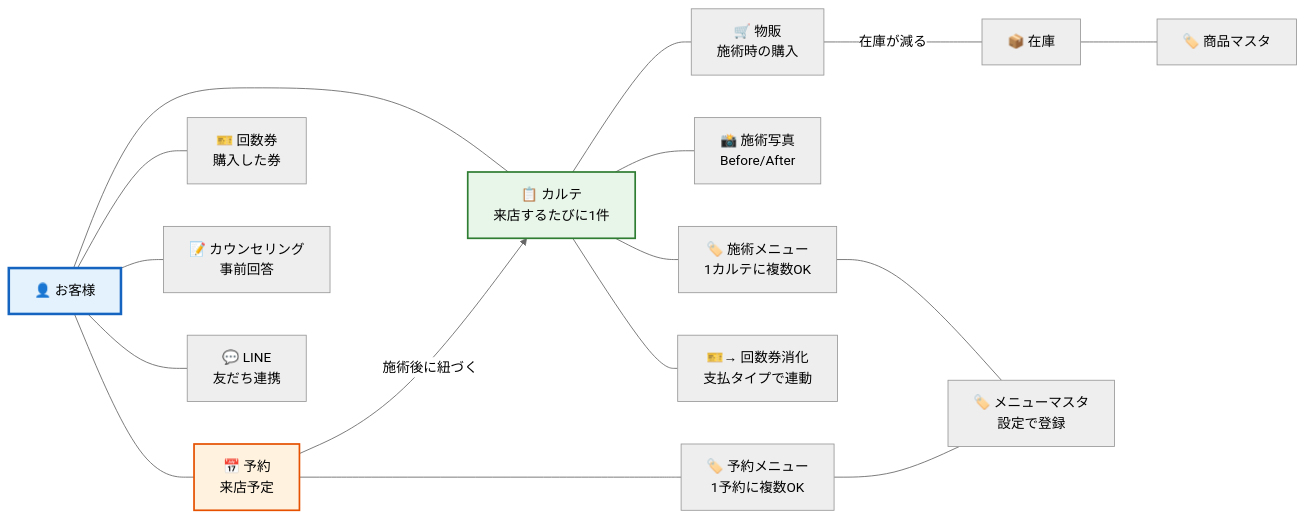
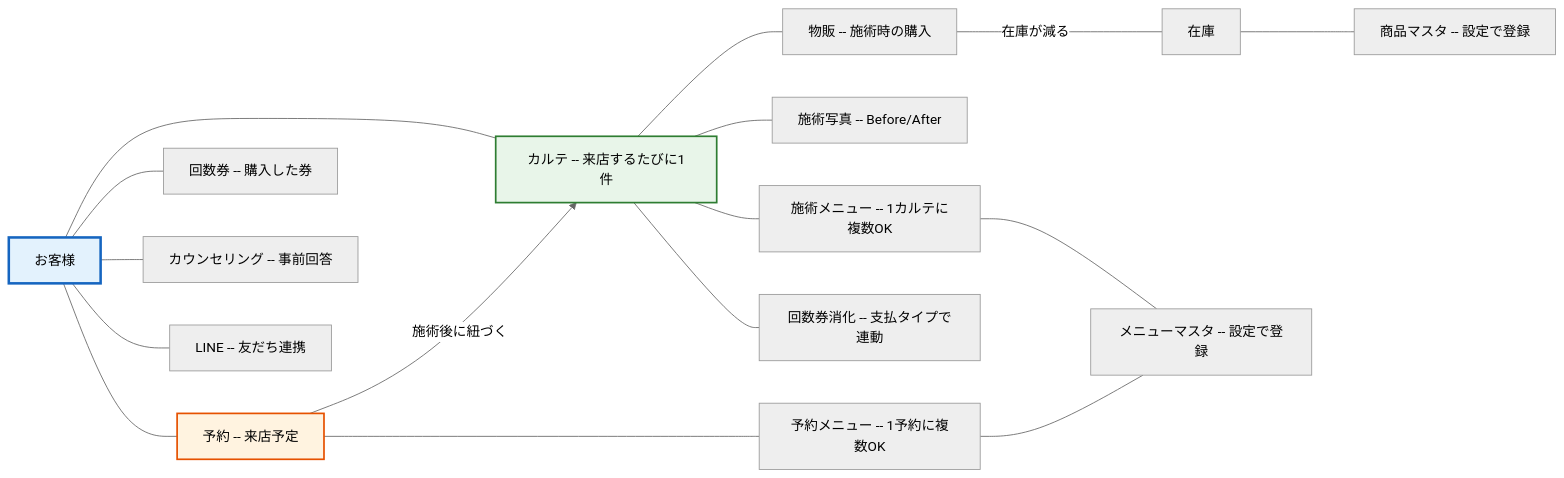
One commit to tungstenwarawara/salon-karte changed the fifth of 5 diagrams in docs/user-flow-diagrams.md. Above: the diagram before and after it, drawn with Mermaid (neutral theme). The commit also changed other lines of this file, not shown here.

First line of the commit message:
fix: Mermaid図のGitHubレンダリングエラーを修正

````diff
--- a/docs/user-flow-diagrams.md
+++ b/docs/user-flow-diagrams.md
@@ -288,28 +288,28 @@
 ```mermaid
 flowchart LR
-    CUSTOMER[👤 お客様]
+    CUSTOMER["お客様"]
 
-    CUSTOMER --- RECORD[📋 カルテ<br/>来店するたびに1件]
-    CUSTOMER --- APPOINTMENT[📅 予約<br/>来店予定]
-    CUSTOMER --- TICKET[🎫 回数券<br/>購入した券]
-    CUSTOMER --- COUNSELING[📝 カウンセリング<br/>事前回答]
-    CUSTOMER --- LINE[💬 LINE<br/>友だち連携]
+    CUSTOMER --- RECORD["カルテ -- 来店するたびに1件"]
+    CUSTOMER --- APPOINTMENT["予約 -- 来店予定"]
+    CUSTOMER --- TICKET["回数券 -- 購入した券"]
+    CUSTOMER --- COUNSELING["カウンセリング -- 事前回答"]
+    CUSTOMER --- LINE_LINK["LINE -- 友だち連携"]
 
-    RECORD --- MENU_USED[🏷️ 施術メニュー<br/>1カルテに複数OK]
-    RECORD --- PHOTO[📸 施術写真<br/>Before/After]
-    RECORD --- PURCHASE[🛒 物販<br/>施術時の購入]
-    RECORD --- TICKET_USE[🎫→ 回数券消化<br/>支払タイプで連動]
+    RECORD --- MENU_USED["施術メニュー -- 1カルテに複数OK"]
+    RECORD --- PHOTO["施術写真 -- Before/After"]
+    RECORD --- PURCHASE["物販 -- 施術時の購入"]
+    RECORD --- TICKET_USE["回数券消化 -- 支払タイプで連動"]
 
     APPOINTMENT -->|施術後に紐づく| RECORD
-    APPOINTMENT --- APT_MENU[🏷️ 予約メニュー<br/>1予約に複数OK]
+    APPOINTMENT --- APT_MENU["予約メニュー -- 1予約に複数OK"]
 
-    PURCHASE ---|在庫が減る| STOCK[📦 在庫]
-    STOCK --- PRODUCT[🏷️ 商品マスタ]
+    PURCHASE ---|在庫が減る| STOCK["在庫"]
+    STOCK --- PRODUCT["商品マスタ -- 設定で登録"]
 
-    MENU_USED --- MENU_MASTER[🏷️ メニューマスタ<br/>設定で登録]
+    MENU_USED --- MENU_MASTER["メニューマスタ -- 設定で登録"]
     APT_MENU --- MENU_MASTER
 
     style CUSTOMER fill:#E3F2FD,stroke:#1565C0,stroke-width:3px
     style RECORD fill:#E8F5E9,stroke:#2E7D32,stroke-width:2px
     style APPOINTMENT fill:#FFF3E0,stroke:#E65100,stroke-width:2px
 ```
````
